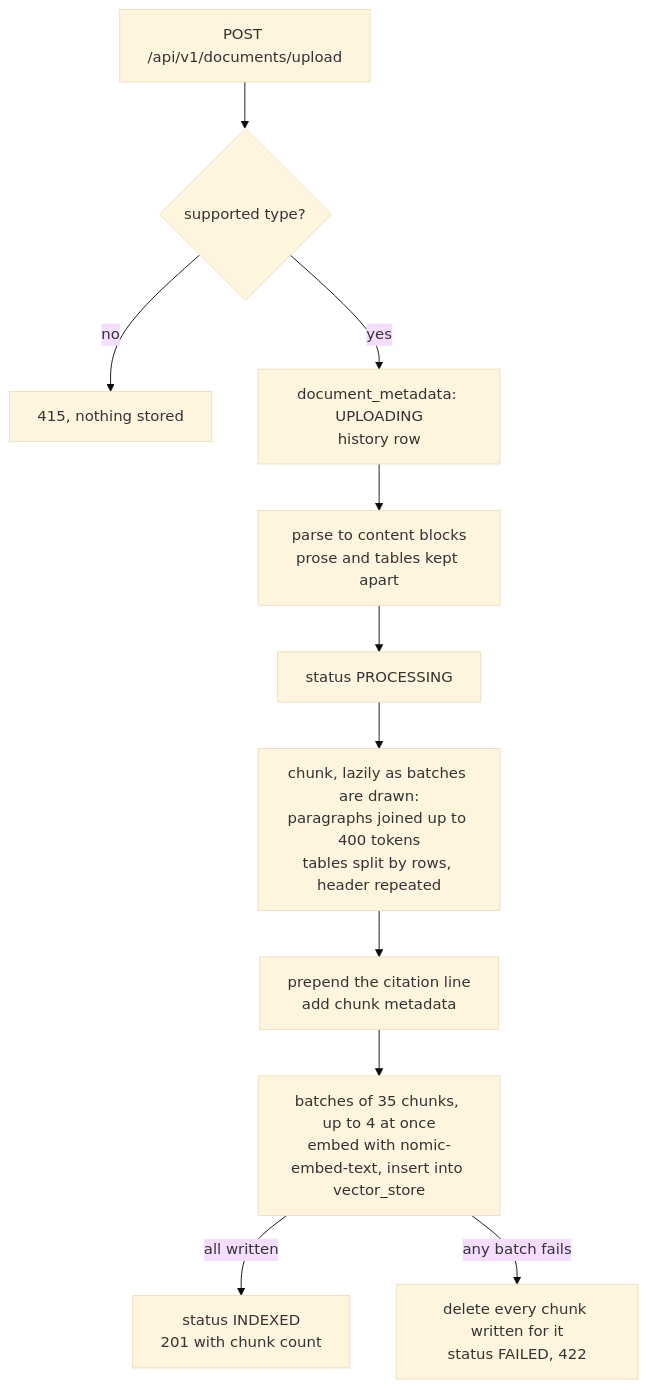
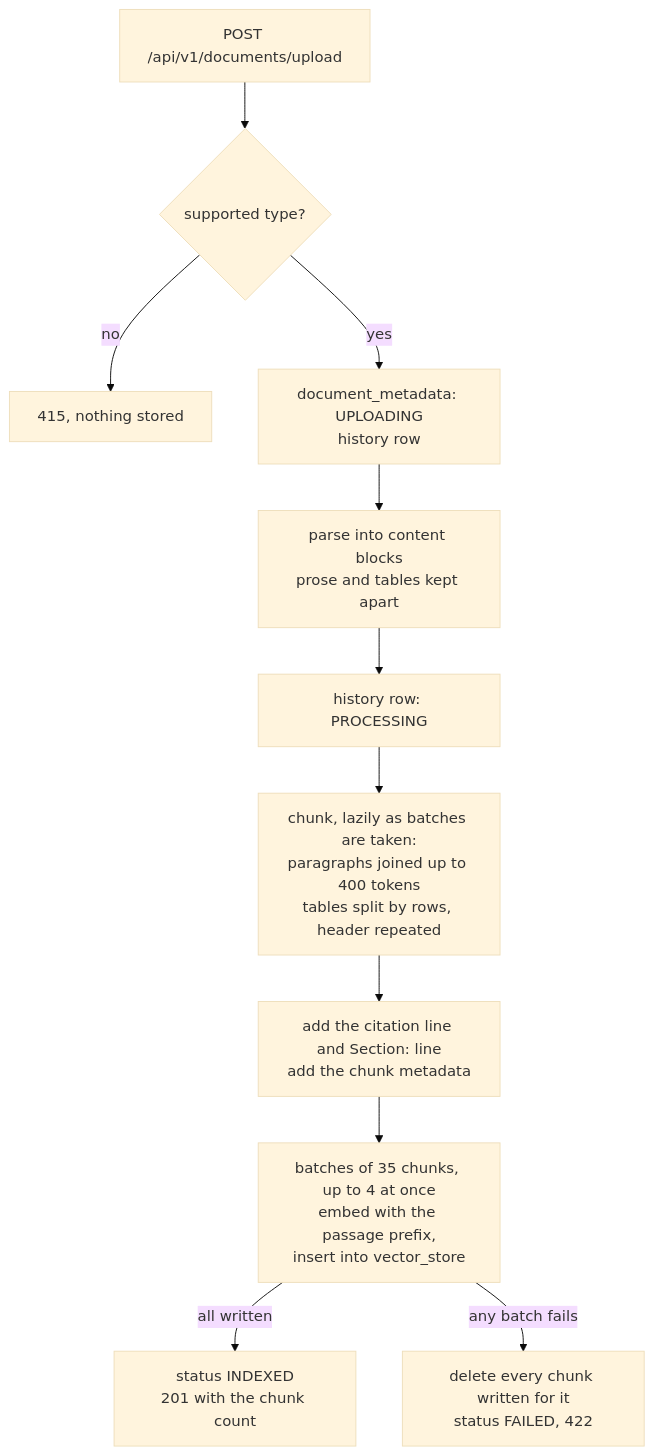
Before and after one commit to subhanmishra/spring-ai: the diagram in ragr-ingest/README.md, drawn with Mermaid (base theme). The commit also changed other lines of this file and 5 other files, not shown here.

First line of the commit message:
Rewrite the READMEs in plain language, and bring the flow diagrams up to date

````diff
--- a/ragr-ingest/README.md
+++ b/ragr-ingest/README.md
@@ -11,13 +29,13 @@
 ```mermaid
 flowchart TD
     up[POST /api/v1/documents/upload] --> type{supported type?}
     type -- no --> r415[415, nothing stored]
     type -- yes --> meta[document_metadata: UPLOADING<br/>history row]
-    meta --> parse[parse to content blocks<br/>prose and tables kept apart]
-    parse --> proc[status PROCESSING]
-    proc --> chunk[chunk, lazily as batches are drawn:<br/>paragraphs joined up to 400 tokens<br/>tables split by rows, header repeated]
-    chunk --> head[prepend the citation line<br/>add chunk metadata]
-    head --> batch[batches of 35 chunks, up to 4 at once<br/>embed with nomic-embed-text, insert into vector_store]
-    batch -- all written --> ok[status INDEXED<br/>201 with chunk count]
+    meta --> parse[parse into content blocks<br/>prose and tables kept apart]
+    parse --> proc[history row: PROCESSING]
+    proc --> chunk[chunk, lazily as batches are taken:<br/>paragraphs joined up to 400 tokens<br/>tables split by rows, header repeated]
+    chunk --> head[add the citation line and Section: line<br/>add the chunk metadata]
+    head --> batch[batches of 35 chunks, up to 4 at once<br/>embed with the passage prefix,<br/>insert into vector_store]
+    batch -- all written --> ok[status INDEXED<br/>201 with the chunk count]
     batch -- any batch fails --> undo[delete every chunk written for it<br/>status FAILED, 422]
 ```
````
